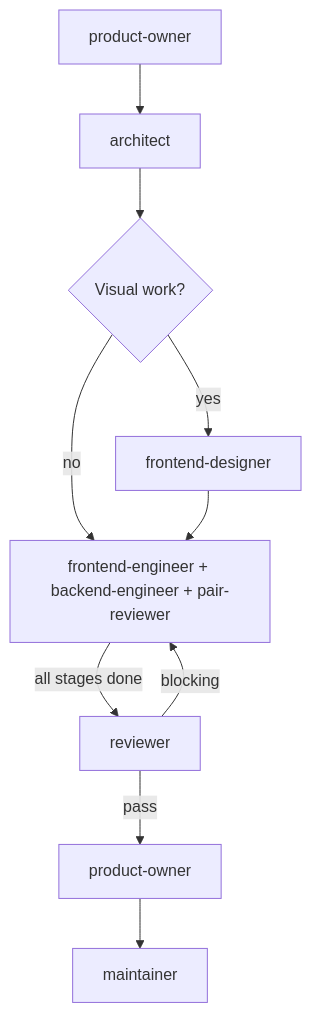
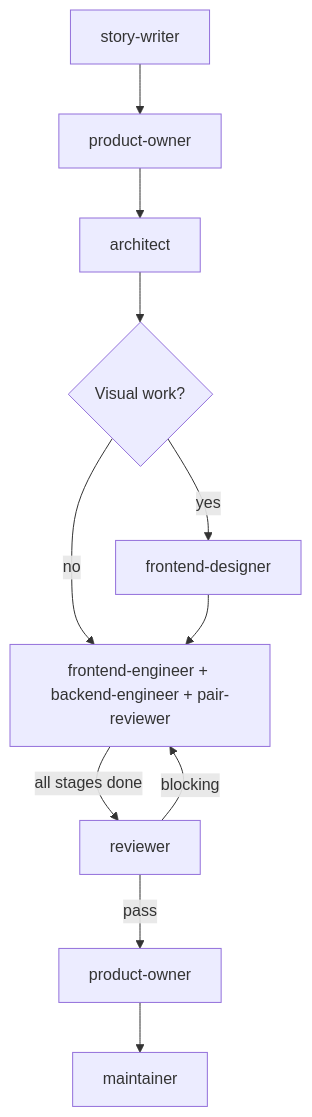
One commit to thiscantbeserious/ragts-learning-platform changed the diagram in agents/skills/workflow/variants/full-stack.md. Above: the diagram before and after it, drawn with Mermaid. The commit also changed other lines of this file and 10 other files, not shown here.

First line of the commit message:
chore(agents): add story-writer agent (#34)

````diff
--- a/agents/skills/workflow/variants/full-stack.md
+++ b/agents/skills/workflow/variants/full-stack.md
@@ -5,12 +5,13 @@
 ```mermaid
 graph TD
-    PO1[product-owner] --> Arch[architect]
+    SW[story-writer] --> PO1[product-owner]
+    PO1 --> Arch[architect]
     Arch --> Des{Visual work?}
     Des -->|yes| FD[frontend-designer]
     Des -->|no| Impl
     FD --> Impl[frontend-engineer + backend-engineer + pair-reviewer]
     Impl -->|all stages done| Rev[reviewer]
     Rev -->|pass| PO2[product-owner]
     Rev -->|blocking| Impl
     PO2 --> M[maintainer]
 ```
````
